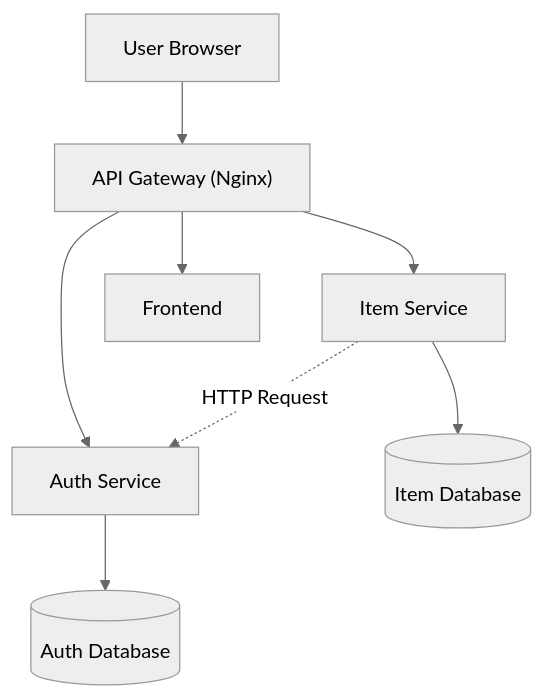
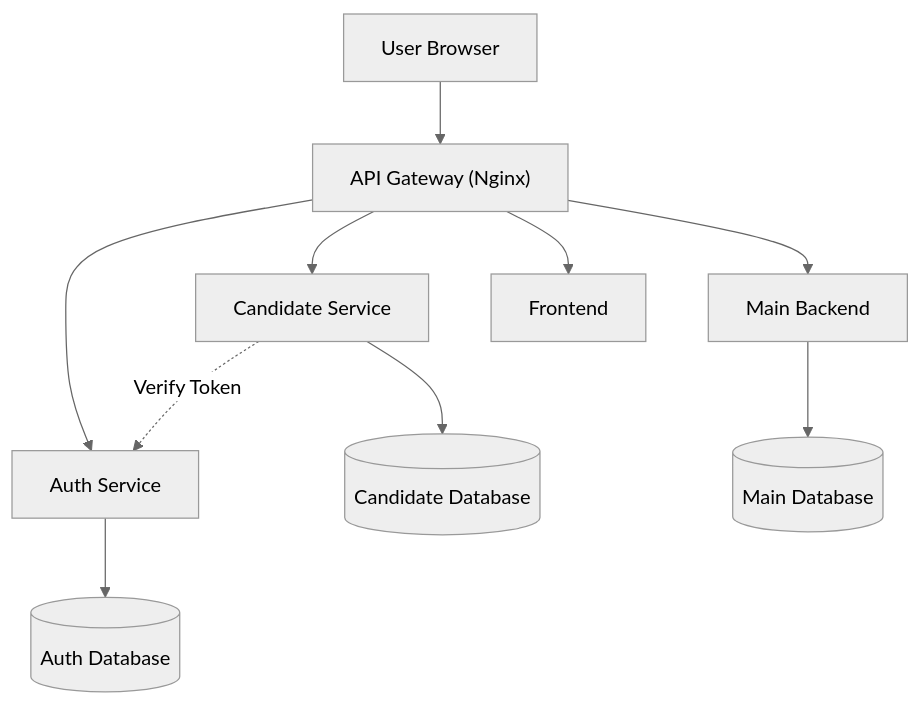
The diagram in docs/architecture.md (aidilsaputrakirsan-classroom/cc-kelompok-ccc_clan), drawn with Mermaid (neutral theme) before and after one commit. The commit also changed other lines of this file, not shown here.

````diff
--- a/docs/architecture.md
+++ b/docs/architecture.md
@@ -11,13 +13,16 @@
 ```mermaid
 flowchart TD
+
     USER["User Browser"] --> GW["API Gateway (Nginx)"]
 
     GW --> AUTH["Auth Service"]
-    GW --> ITEM["Item Service"]
+    GW --> CAND["Candidate Service"]
+    GW --> BACKEND["Main Backend"]
     GW --> FE["Frontend"]
 
     AUTH --> AUTHDB[("Auth Database")]
-    ITEM --> ITEMDB[("Item Database")]
+    CAND --> CANDDB[("Candidate Database")]
+    BACKEND --> MAINDB[("Main Database")]
 
-    ITEM -.->|"HTTP Request"| AUTH
+    CAND -.->|"Verify Token"| AUTH
 ```
````
